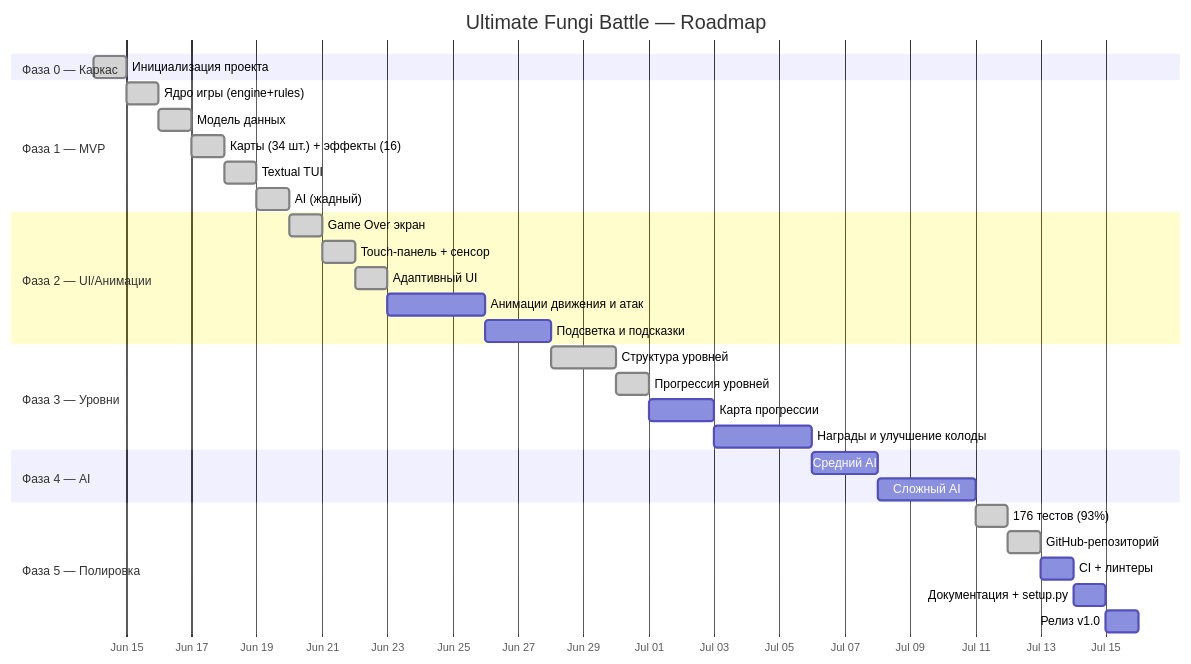
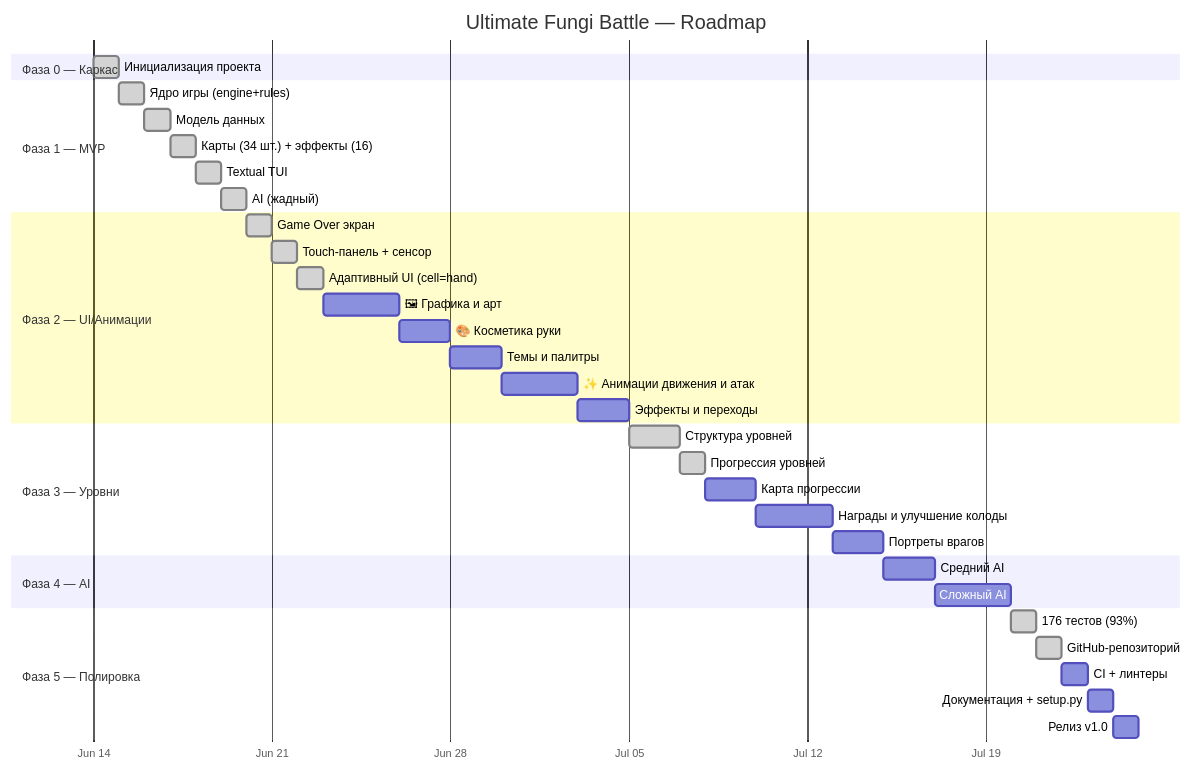
One commit to bori-sus/Ultimate-fungi-battle changed the diagram in plan.md. Above: the diagram before and after it, drawn with Mermaid. The commit also changed other lines of this file and 1 other file, not shown here.

First line of the commit message:
🎨 Косметика + увеличенные клетки + рука внизу

````diff
--- a/plan.md
+++ b/plan.md
@@ -369,40 +405,44 @@
 ```mermaid
 gantt
     title Ultimate Fungi Battle — Roadmap
     dateFormat  YYYY-MM-DD
     axisFormat  %b %d
     
     section Фаза 0 — Каркас
     Инициализация проекта          :done, 2026-06-14, 1d
     
     section Фаза 1 — MVP
     Ядро игры (engine+rules)       :done, 1d
     Модель данных                  :done, 1d
     Карты (34 шт.) + эффекты (16) :done, 1d
     Textual TUI                    :done, 1d
     AI (жадный)                    :done, 1d
     
     section Фаза 2 — UI/Анимации
     Game Over экран                :done, 1d
     Touch-панель + сенсор          :done, 1d
-    Адаптивный UI                  :done, 1d
-    Анимации движения и атак       :3d
-    Подсветка и подсказки          :2d
+    Адаптивный UI (cell=hand)      :done, 1d
+    🖼 Графика и арт                :3d
+    🎨 Косметика руки              :2d
+    Темы и палитры                 :2d
+    ✨ Анимации движения и атак     :3d
+    Эффекты и переходы             :2d
     
     section Фаза 3 — Уровни
     Структура уровней              :done, 2d
     Прогрессия уровней             :done, 1d
     Карта прогрессии               :2d
     Награды и улучшение колоды     :3d
+    Портреты врагов                :2d
     
     section Фаза 4 — AI
     Средний AI                     :2d
     Сложный AI                     :3d
     
     section Фаза 5 — Полировка
     176 тестов (93%)               :done, 1d
     GitHub-репозиторий             :done, 1d
     CI + линтеры                   :1d
     Документация + setup.py        :1d
     Релиз v1.0                     :1d
 ```
````
